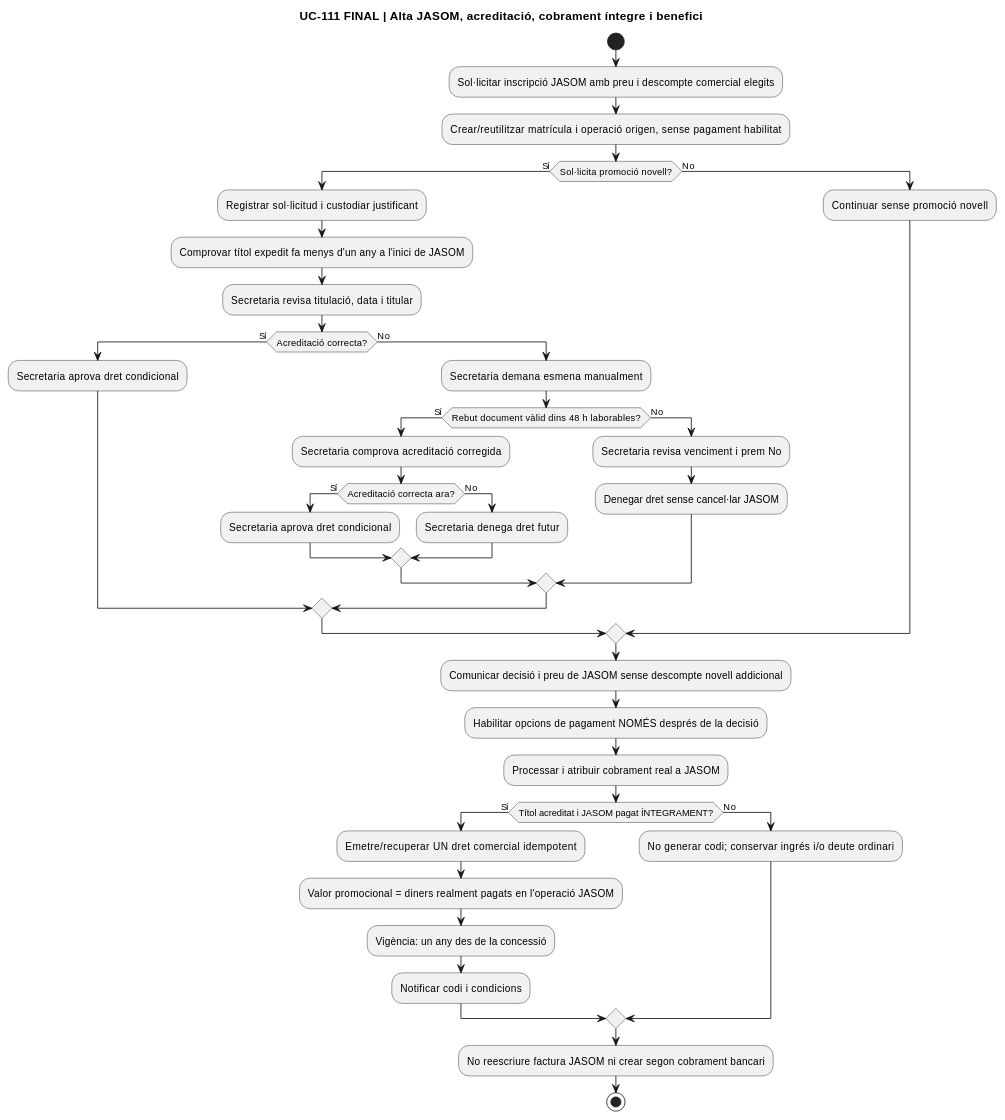
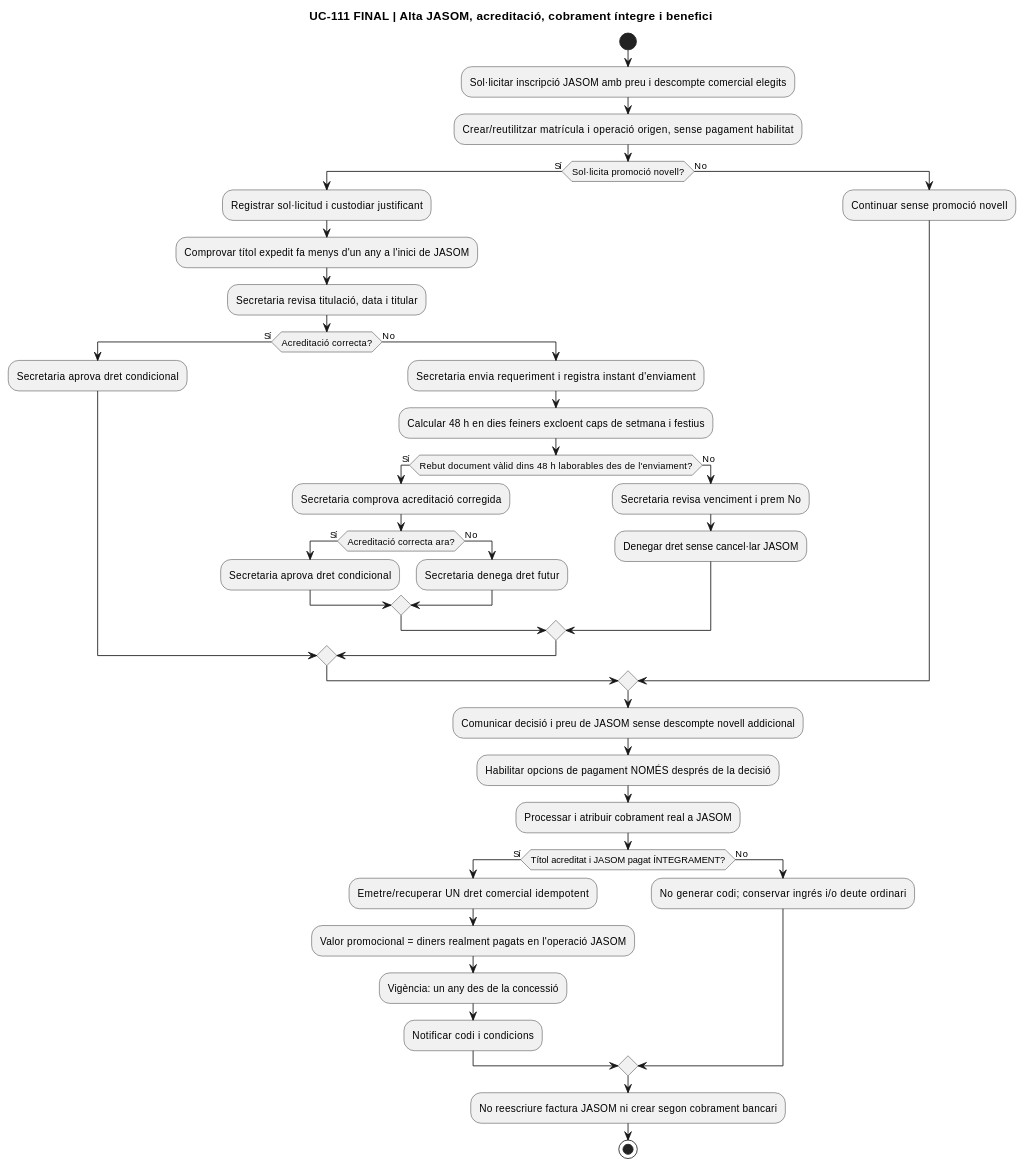
Before and after one commit to orgmeriemprismacat-del/verifactu: the fifth of 14 diagrams in documentacio/07-uml-integrat/uc-111-docent-novell-dret-futur.md, drawn with PlantUML. The commit also changed other lines of this file, not shown here.

````diff
--- a/documentacio/07-uml-integrat/uc-111-docent-novell-dret-futur.md
+++ b/documentacio/07-uml-integrat/uc-111-docent-novell-dret-futur.md
@@ -184,44 +184,45 @@
 ```plantuml
 @startuml
 title UC-111 FINAL | Alta JASOM, acreditació, cobrament íntegre i benefici
 start
 :Sol·licitar inscripció JASOM amb preu i descompte comercial elegits;
 :Crear/reutilitzar matrícula i operació origen, sense pagament habilitat;
 if (Sol·licita promoció novell?) then (Sí)
  :Registrar sol·licitud i custodiar justificant;
  :Comprovar títol expedit fa menys d'un any a l'inici de JASOM;
  :Secretaria revisa titulació, data i titular;
  if (Acreditació correcta?) then (Sí)
   :Secretaria aprova dret condicional;
  else (No)
-  :Secretaria demana esmena manualment;
-  if (Rebut document vàlid dins 48 h laborables?) then (Sí)
+  :Secretaria envia requeriment i registra instant d'enviament;
+  :Calcular 48 h en dies feiners excloent caps de setmana i festius;
+  if (Rebut document vàlid dins 48 h laborables des de l'enviament?) then (Sí)
    :Secretaria comprova acreditació corregida;
    if (Acreditació correcta ara?) then (Sí)
     :Secretaria aprova dret condicional;
    else (No)
     :Secretaria denega dret futur;
    endif
   else (No)
    :Secretaria revisa venciment i prem No;
    :Denegar dret sense cancel·lar JASOM;
   endif
  endif
 else (No)
  :Continuar sense promoció novell;
 endif
 :Comunicar decisió i preu de JASOM sense descompte novell addicional;
 :Habilitar opcions de pagament NOMÉS després de la decisió;
 :Processar i atribuir cobrament real a JASOM;
 if (Títol acreditat i JASOM pagat ÍNTEGRAMENT?) then (Sí)
  :Emetre/recuperar UN dret comercial idempotent;
  :Valor promocional = diners realment pagats en l'operació JASOM;
  :Vigència: un any des de la concessió;
  :Notificar codi i condicions;
 else (No)
  :No generar codi; conservar ingrés i/o deute ordinari;
 endif
 :No reescriure factura JASOM ni crear segon cobrament bancari;
 stop
 @enduml
 ```
````
